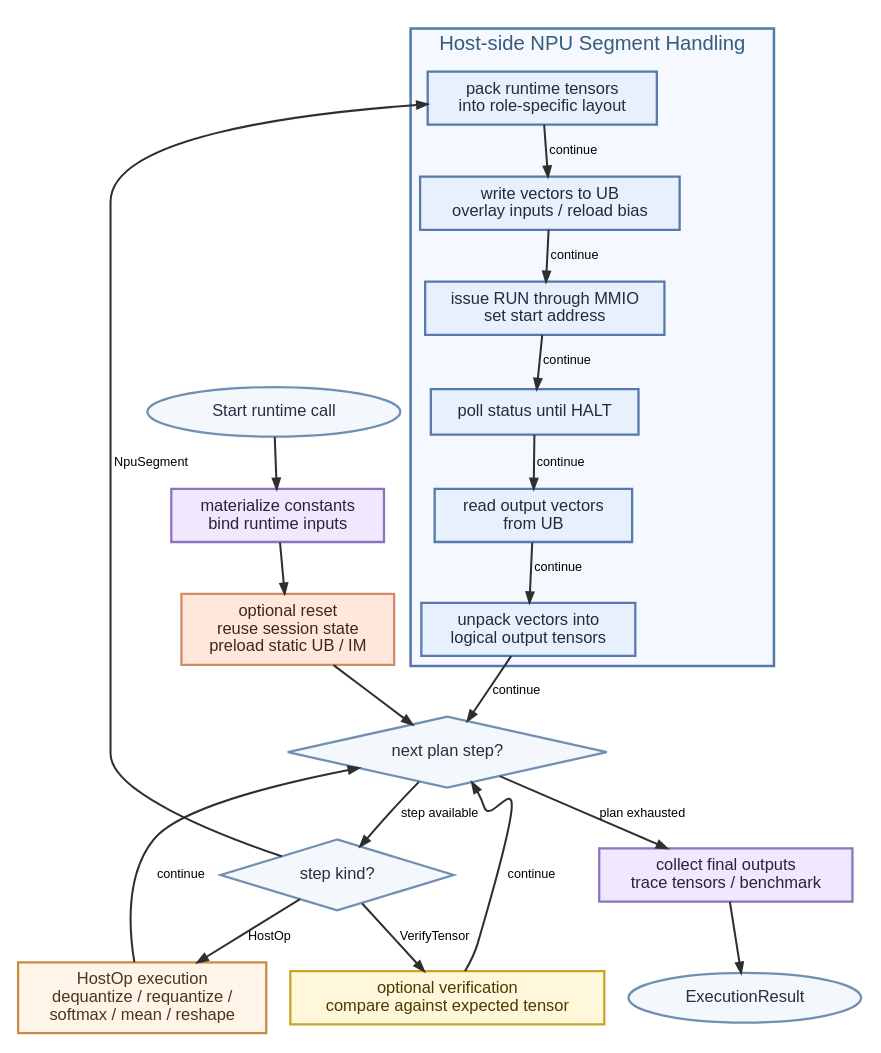
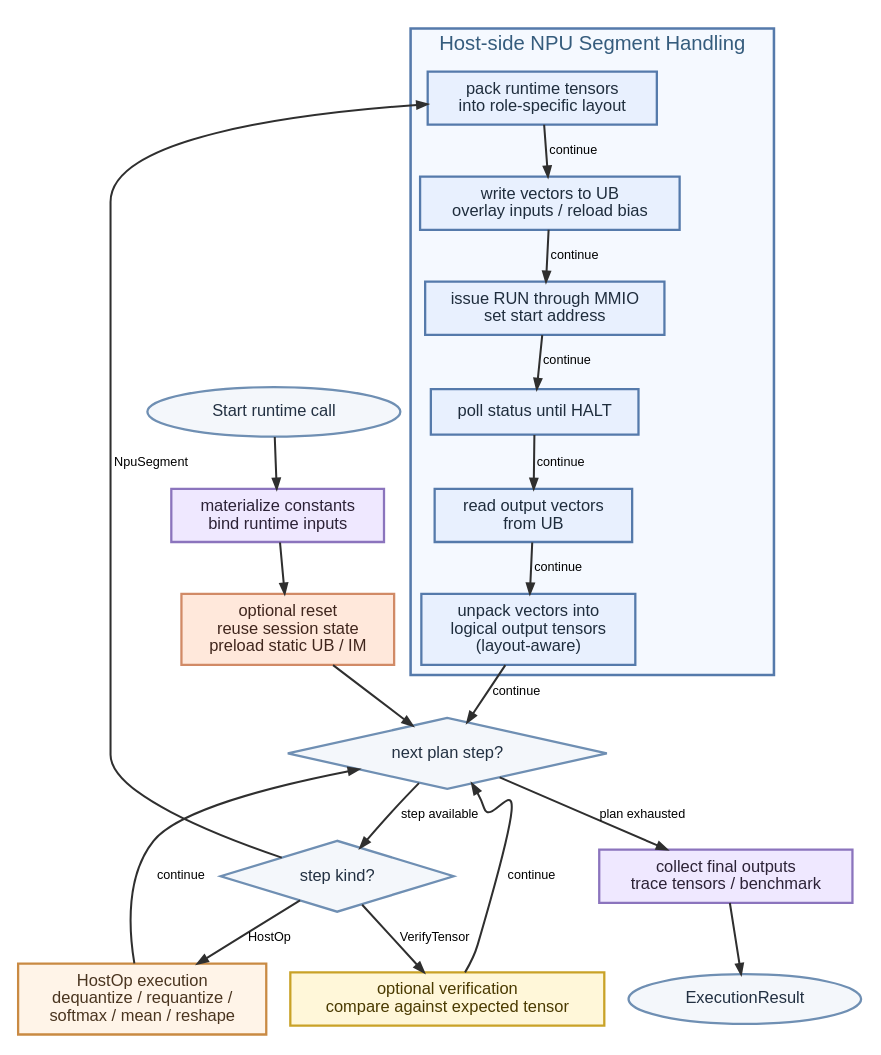
The diagram in report/diagrams/runtime_state.dot (firatkizilboga/TinyNPU), drawn with Graphviz before and after one commit. The commit also changed 10 other files, not shown here.

```diff
--- a/report/diagrams/runtime_state.dot
+++ b/report/diagrams/runtime_state.dot
@@ -1,74 +1,74 @@
 digraph TinyNPURuntimeState {
     graph [
         rankdir=TB,
         splines=true,
         pad=0.10,
         nodesep=0.26,
         ranksep=0.40,
         bgcolor="white",
         fontname="Helvetica",
         fontsize=18
     ];
 
     node [
         shape=box,
         style="filled",
         fontname="Helvetica",
         fontsize=13,
         penwidth=1.8,
         margin="0.16,0.10"
     ];
 
     edge [
         fontname="Helvetica",
         fontsize=10,
         color="#2f2f2f",
         penwidth=1.6,
         arrowsize=0.8
     ];
 
     Start [shape=ellipse, label="Start runtime call", fillcolor="#F4F7FB", color="#6F8FB3", fontcolor="#233142"];
     Init [label="materialize constants\nbind runtime inputs", fillcolor="#EFE8FF", color="#8B74BD", fontcolor="#2C2236"];
     Session [label="optional reset\nreuse session state\npreload static UB / IM", fillcolor="#FFE8DB", color="#D18A66", fontcolor="#40261d"];
     Dispatch [shape=diamond, label="next plan step?", fillcolor="#F4F7FB", color="#6F8FB3", fontcolor="#233142"];
     Kind [shape=diamond, label="step kind?", fillcolor="#F4F7FB", color="#6F8FB3", fontcolor="#233142"];
 
     subgraph cluster_npu {
         label="Host-side NPU Segment Handling";
         color="#557AAB";
         penwidth=2.0;
         style="filled";
         fillcolor="#F5F9FF";
         fontcolor="#355C7D";
         fontsize=16;
 
         Pack [label="pack runtime tensors\ninto role-specific layout", fillcolor="#E8F0FE", color="#557AAB", fontcolor="#1f2d3d"];
         WriteUB [label="write vectors to UB\noverlay inputs / reload bias", fillcolor="#E8F0FE", color="#557AAB", fontcolor="#1f2d3d"];
         Launch [label="issue RUN through MMIO\nset start address", fillcolor="#E8F0FE", color="#557AAB", fontcolor="#1f2d3d"];
         Wait [label="poll status until HALT", fillcolor="#E8F0FE", color="#557AAB", fontcolor="#1f2d3d"];
         ReadUB [label="read output vectors\nfrom UB", fillcolor="#E8F0FE", color="#557AAB", fontcolor="#1f2d3d"];
-        Unpack [label="unpack vectors into\nlogical output tensors", fillcolor="#E8F0FE", color="#557AAB", fontcolor="#1f2d3d"];
+        Unpack [label="unpack vectors into\nlogical output tensors\n(layout-aware)", fillcolor="#E8F0FE", color="#557AAB", fontcolor="#1f2d3d"];
     }
 
     HostOp [label="HostOp execution\ndequantize / requantize /\nsoftmax / mean / reshape", fillcolor="#FFF4E8", color="#C98A43", fontcolor="#4A3520"];
     Verify [label="optional verification\ncompare against expected tensor", fillcolor="#FFF7D9", color="#C9A227", fontcolor="#4A3A00"];
     Finalize [label="collect final outputs\ntrace tensors / benchmark", fillcolor="#EFE8FF", color="#8B74BD", fontcolor="#2C2236"];
     Done [shape=ellipse, label="ExecutionResult", fillcolor="#F4F7FB", color="#6F8FB3", fontcolor="#233142"];
 
     { rank=same; HostOp; Verify; }
 
     Start -> Init;
     Init -> Session;
     Session -> Dispatch;
     Dispatch -> Finalize [label="plan exhausted"];
     Dispatch -> Kind [label="step available"];
 
     Kind -> Pack [label="NpuSegment"];
     Kind -> HostOp [label="HostOp"];
     Kind -> Verify [label="VerifyTensor"];
 
     Pack -> WriteUB -> Launch -> Wait -> ReadUB -> Unpack -> Dispatch [label="continue"];
     HostOp -> Dispatch [label="continue"];
     Verify -> Dispatch [label="continue"];
     Finalize -> Done;
 }
```
